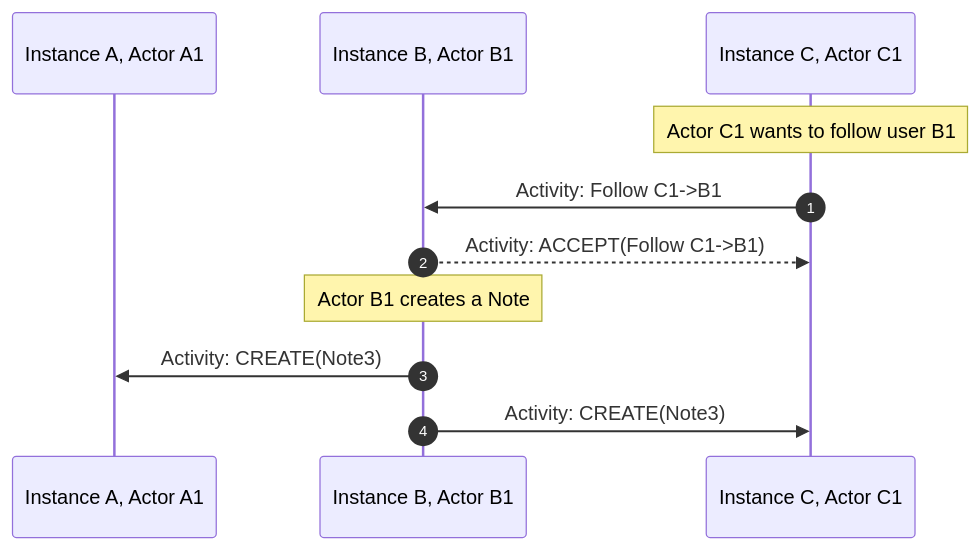
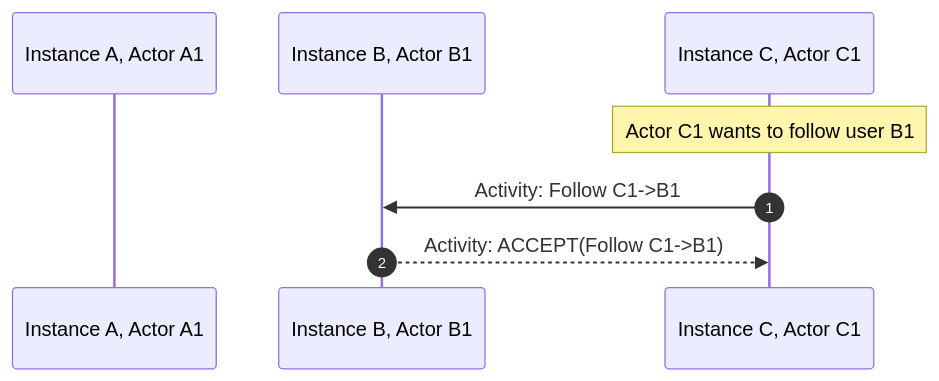
Before and after one commit to maybeanerd/iu-tech-talk: the fifth of 8 diagrams in slides.md, drawn with Mermaid. The commit also changed other lines of this file, not shown here.

````diff
--- a/slides.md
+++ b/slides.md
@@ -339,15 +339,10 @@
 ```mermaid
 sequenceDiagram
   autonumber
   participant A as Instance A, Actor A1
   participant B as Instance B, Actor B1
   participant C as Instance C, Actor C1
   Note over C: Actor C1 wants to follow user B1
   C->>B: Activity: Follow C1->B1
   B-->>C: Activity: ACCEPT(Follow C1->B1)
-
-  Note over B: Actor B1 creates a Note
-  B->>A: Activity: CREATE(Note3)
-  B->>C: Activity: CREATE(Note3)
-
 ```
````
